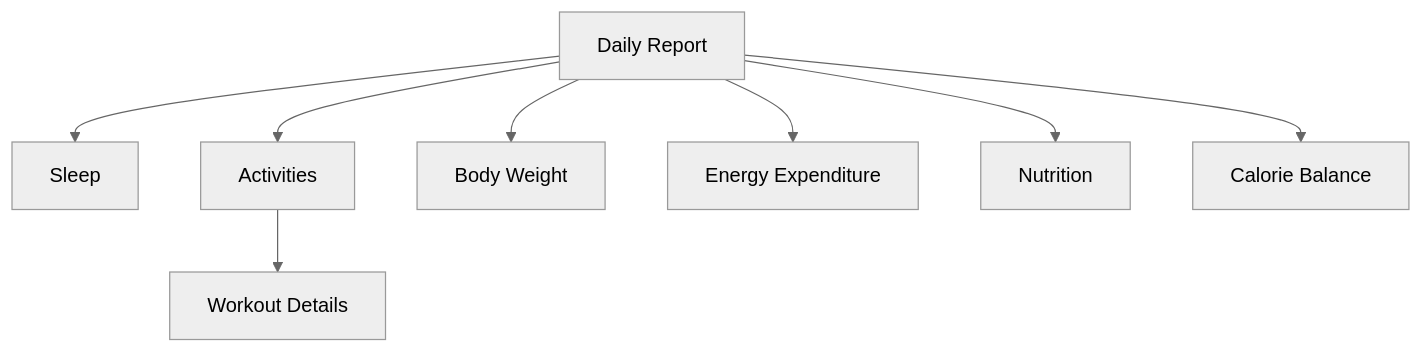
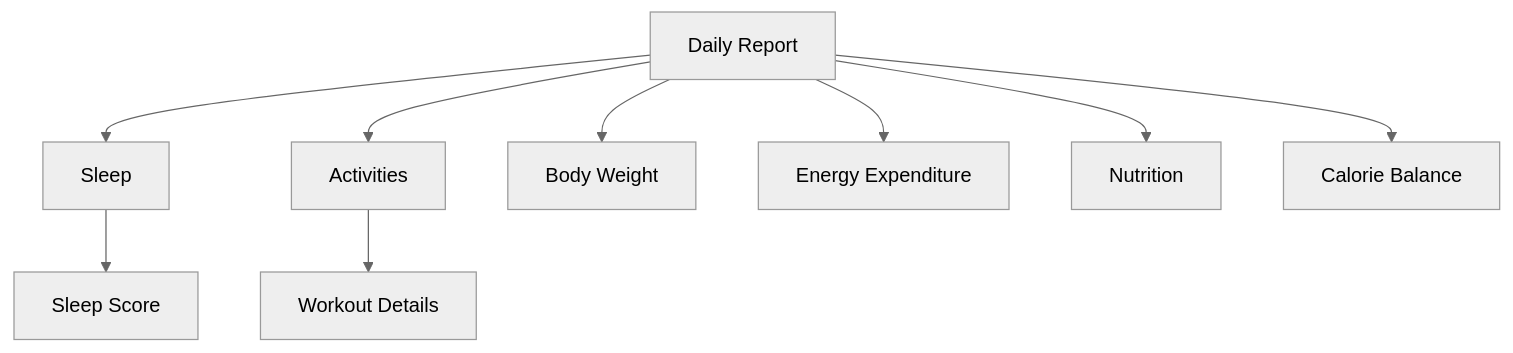
Before and after one commit to MateuszMocarski/AppleHealthMonitorAnalyzer: the fourth of 4 diagrams in README.md, drawn with Mermaid (neutral theme). The commit also changed other lines of this file and 4 other files, not shown here.

````diff
--- a/README.md
+++ b/README.md
@@ -374,22 +378,23 @@
 ```mermaid
 flowchart TD
 
-    A["Daily Report"]
-    B["Sleep"]
-    C["Activities"]
-    D["Body Weight"]
-    E["Energy Expenditure"] 
-    F["Nutrition"]
-    G["Calorie Balance"]
+    A["Daily Report"]
+    B["Sleep"]
+    C["Activities"]
+    D["Body Weight"]
+    E["Energy Expenditure"]
+    F["Nutrition"]
+    G["Calorie Balance"]
 
-    CC["Workout Details"]
+    BS["Sleep Score"]
+    CC["Workout Details"]
 
-    A --> B
-    A --> C
-    C --> CC
-    A --> D
-    A --> E
-    A --> F
-    A --> G
-
+    A --> B
+    B --> BS
+    A --> C
+    C --> CC
+    A --> D
+    A --> E
+    A --> F
+    A --> G
 ```
````
